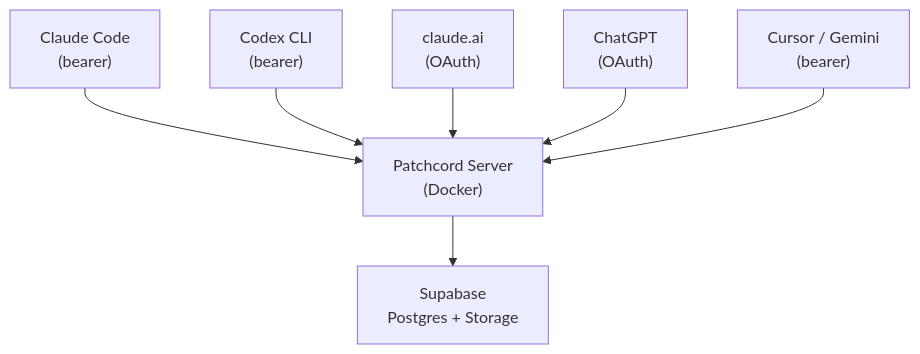
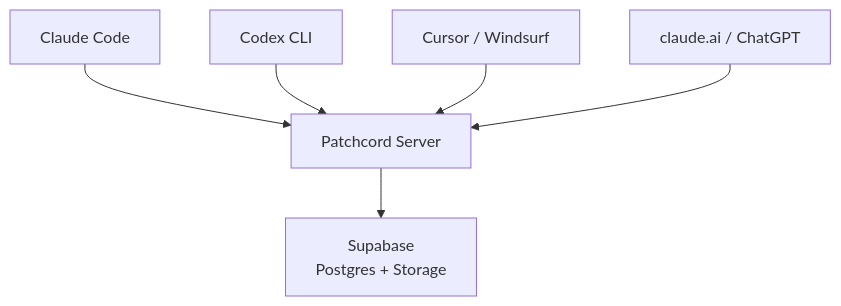
The diagram in README.md (ppravdin/patchcord), drawn with Mermaid before and after one commit. The commit also changed other lines of this file and 25 other files, not shown here.

Commit message:
One-command setup, Cursor/Windsurf support, consolidated tools, updated README

````diff
--- a/README.md
+++ b/README.md
@@ -94,9 +97,8 @@
 ```mermaid
 graph TD
-    A["Claude Code<br/>(bearer)"] --> S["Patchcord Server<br/>(Docker)"]
-    B["Codex CLI<br/>(bearer)"] --> S
-    C["claude.ai<br/>(OAuth)"] --> S
-    D["ChatGPT<br/>(OAuth)"] --> S
-    E["Cursor / Gemini<br/>(bearer)"] --> S
+    A["Claude Code"] --> S["Patchcord Server"]
+    B["Codex CLI"] --> S
+    C["Cursor / Windsurf"] --> S
+    D["claude.ai / ChatGPT"] --> S
     S --> DB["Supabase<br/>Postgres + Storage"]
 ```
````
